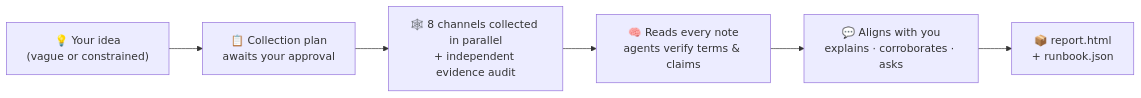
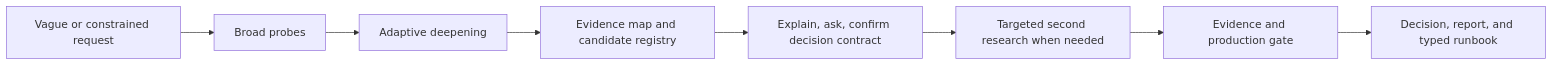
The diagram in README.md (Somezak1/research-anything), drawn with Mermaid before and after one commit. The commit also changed other lines of this file and 45 other files, not shown here.

````diff
--- a/README.md
+++ b/README.md
@@ -63,8 +36,10 @@
 ```mermaid
 flowchart LR
-    A["💡 Your idea<br/>(vague or constrained)"] --> B["📋 Collection plan<br/>awaits your approval"]
-    B --> C["🕸️ 8 channels collected in parallel<br/>+ independent evidence audit"]
-    C --> D["🧠 Reads every note<br/>agents verify terms & claims"]
-    D --> E["💬 Aligns with you<br/>explains · corroborates · asks"]
-    E --> F["📦 report.html<br/>+ runbook.json"]
+    A["Vague or constrained request"] --> B["Broad probes"]
+    B --> C["Adaptive deepening"]
+    C --> D["Evidence map and candidate registry"]
+    D --> E["Explain, ask, confirm decision contract"]
+    E --> F["Targeted second research when needed"]
+    F --> G["Evidence and production gate"]
+    G --> H["Decision, report, and typed runbook"]
 ```
````
